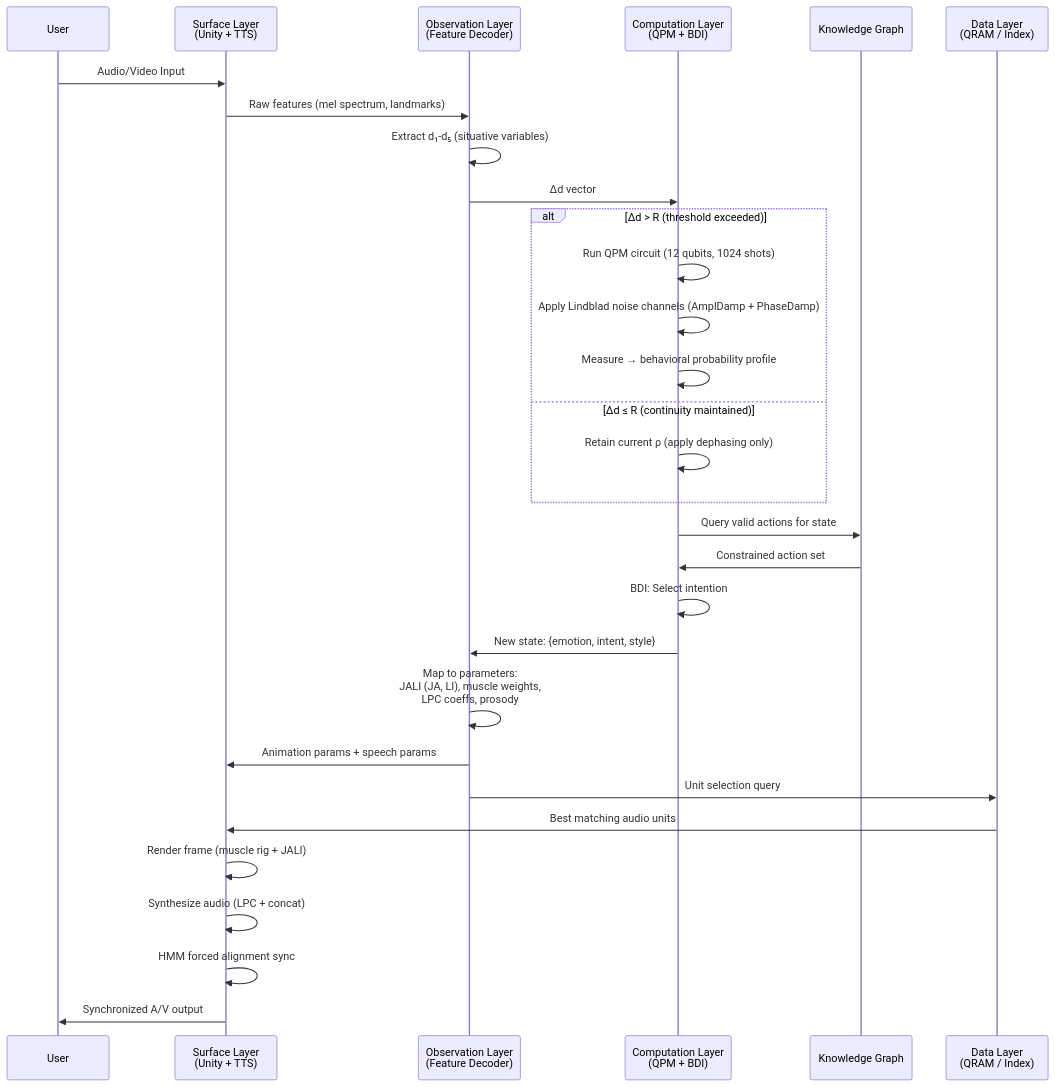
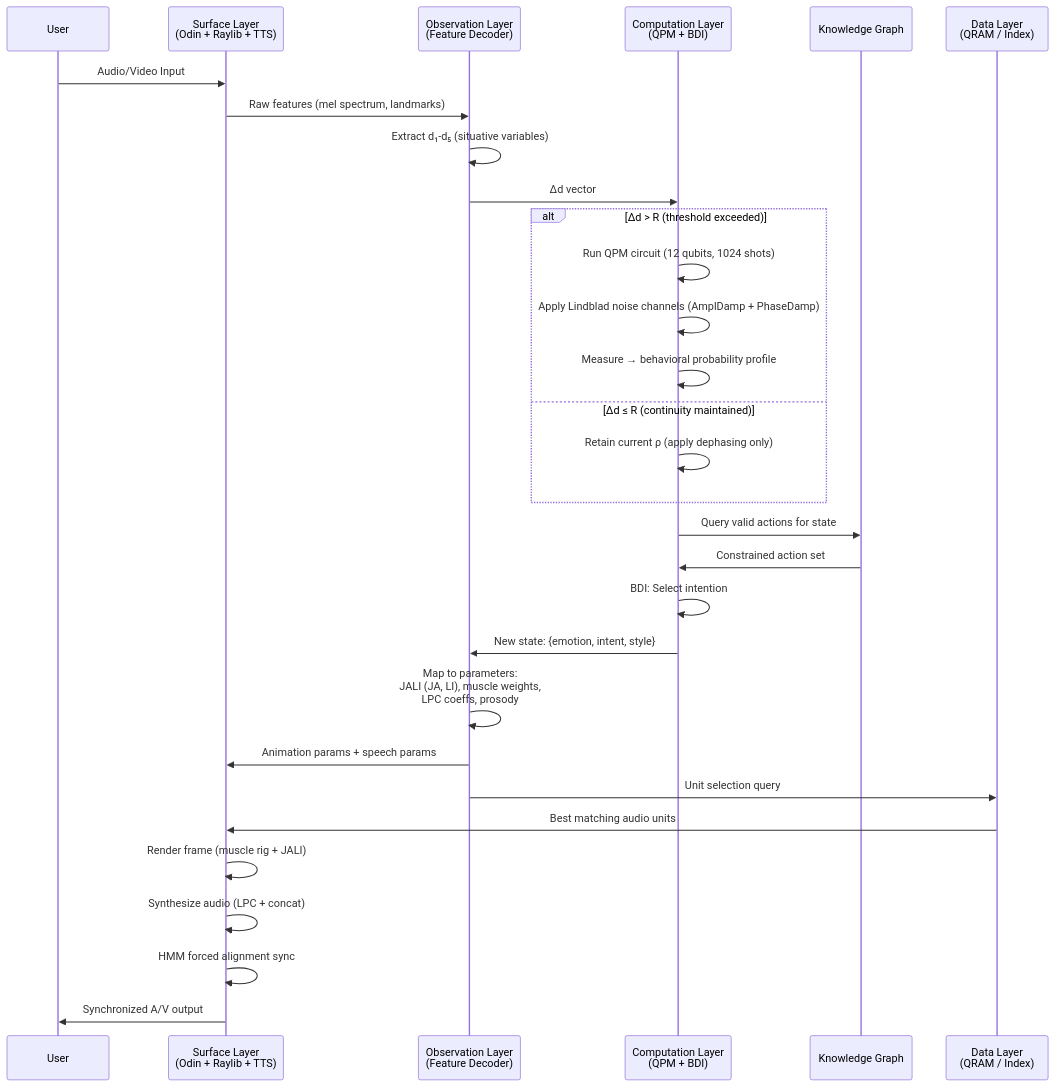
One commit to JustForCodin/Centaurian_Architecture_Implementation changed diagram 13 of 19 in Interpretable_Architectures_Revised_v1.md. Above: the diagram before and after it, drawn with Mermaid. The commit also changed other lines of this file and 2 other files, not shown here.

````diff
--- a/Interpretable_Architectures_Revised_v1.md
+++ b/Interpretable_Architectures_Revised_v1.md
@@ -881,37 +961,37 @@
 ```mermaid
 sequenceDiagram
     participant User
-    participant Surface as Surface Layer<br/>(Unity + TTS)
+    participant Surface as Surface Layer<br/>(Odin + Raylib + TTS)
     participant Observe as Observation Layer<br/>(Feature Decoder)
     participant Compute as Computation Layer<br/>(QPM + BDI)
     participant KG as Knowledge Graph
     participant DB as Data Layer<br/>(QRAM / Index)
 
     User->>Surface: Audio/Video Input
     Surface->>Observe: Raw features (mel spectrum, landmarks)
     Observe->>Observe: Extract d₁-d₅ (situative variables)
     Observe->>Compute: Δd vector
 
     alt Δd > R (threshold exceeded)
         Compute->>Compute: Run QPM circuit (12 qubits, 1024 shots)
         Compute->>Compute: Apply Lindblad noise channels (AmplDamp + PhaseDamp)
         Compute->>Compute: Measure → behavioral probability profile
     else Δd ≤ R (continuity maintained)
         Compute->>Compute: Retain current ρ (apply dephasing only)
     end
 
     Compute->>KG: Query valid actions for state
     KG->>Compute: Constrained action set
     Compute->>Compute: BDI: Select intention
     Compute->>Observe: New state: {emotion, intent, style}
 
     Observe->>Observe: Map to parameters:<br/>JALI (JA, LI), muscle weights,<br/>LPC coeffs, prosody
     Observe->>Surface: Animation params + speech params
     Observe->>DB: Unit selection query
 
     DB->>Surface: Best matching audio units
     Surface->>Surface: Render frame (muscle rig + JALI)
     Surface->>Surface: Synthesize audio (LPC + concat)
     Surface->>Surface: HMM forced alignment sync
     Surface->>User: Synchronized A/V output
 ```
````
